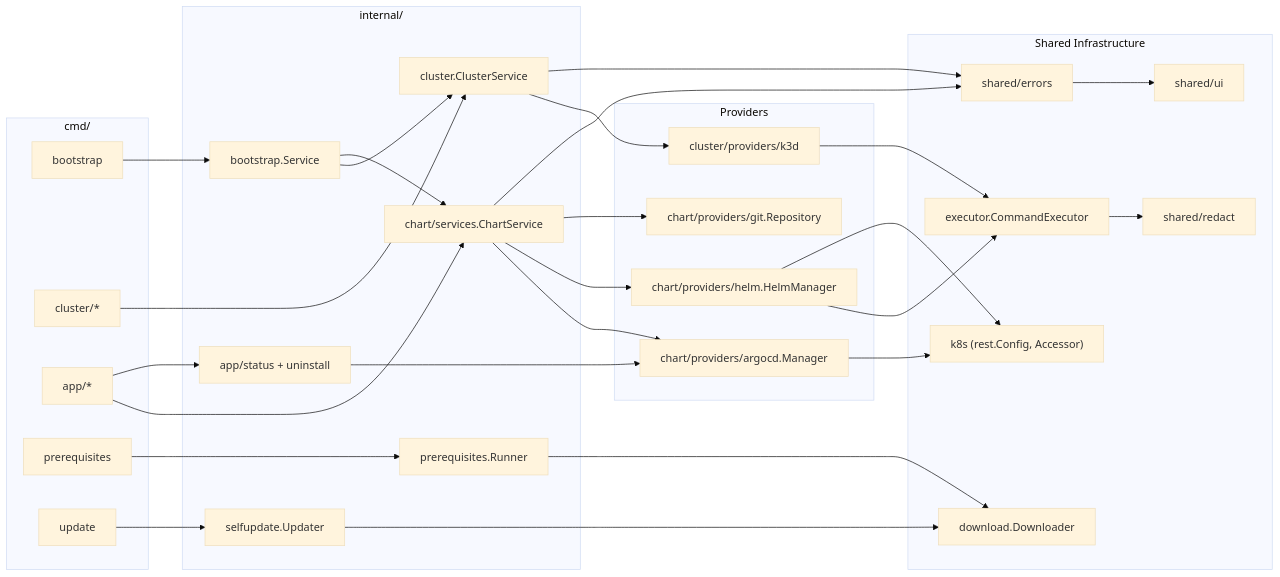
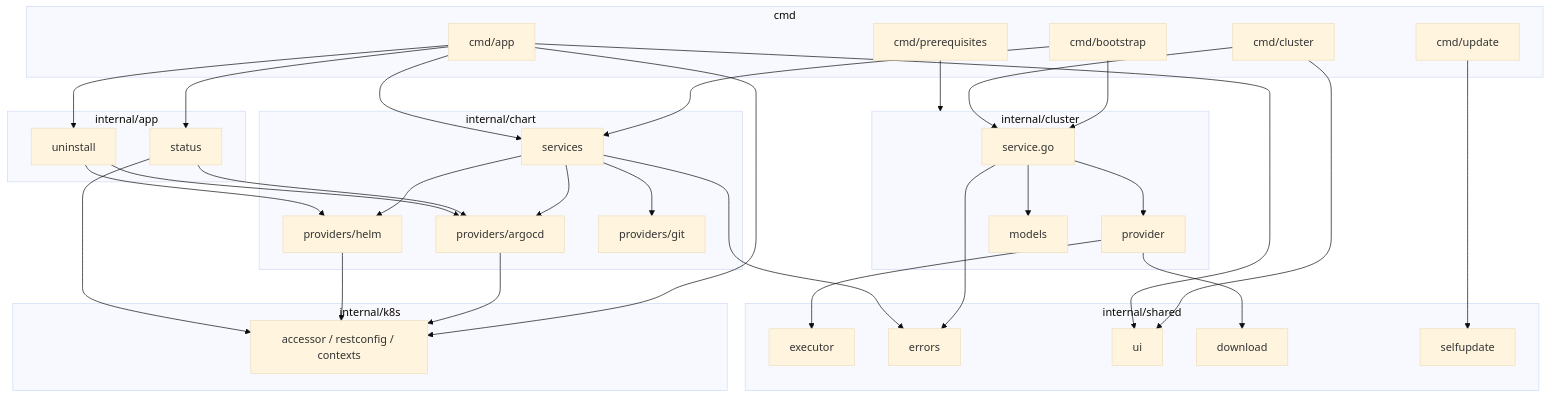
One commit to clydejordaan/openframe-cli changed the second of 4 diagrams in docs/reference/architecture/overview.md. Above: the diagram before and after it, drawn with Mermaid (base theme). The commit also changed other lines of this file and 134 other files, not shown here.

````diff
--- a/docs/reference/architecture/overview.md
+++ b/docs/reference/architecture/overview.md
@@ -134,64 +112,71 @@
 ```mermaid
-graph LR
-    subgraph Commands["cmd/"]
-        bootstrap["bootstrap"]
-        cluster_cmd["cluster/*"]
-        app_cmd["app/*"]
-        prereq_cmd["prerequisites"]
-        update_cmd["update"]
+graph TB
+    subgraph cmd
+        CmdCluster[cmd/cluster]
+        CmdApp[cmd/app]
+        CmdBootstrap[cmd/bootstrap]
+        CmdPrereq[cmd/prerequisites]
+        CmdUpdate[cmd/update]
     end
 
-    subgraph Services["internal/"]
-        bsvc["bootstrap.Service"]
-        csvc["cluster.ClusterService"]
-        chsvc["chart/services.ChartService"]
-        appsvc["app/status + uninstall"]
-        prefw["prerequisites.Runner"]
-        supdater["selfupdate.Updater"]
+    subgraph internal_cluster["internal/cluster"]
+        ClusterService[service.go]
+        ClusterProvider[provider]
+        ClusterModels[models]
     end
 
-    subgraph Providers["Providers"]
-        k3dp["cluster/providers/k3d"]
-        argop["chart/providers/argocd.Manager"]
-        helmp["chart/providers/helm.HelmManager"]
-        gitp["chart/providers/git.Repository"]
+    subgraph internal_chart["internal/chart"]
+        ChartService[services]
+        ChartArgoCD[providers/argocd]
+        ChartHelm[providers/helm]
+        ChartGit[providers/git]
     end
 
-    subgraph Infra["Shared Infrastructure"]
-        exec["executor.CommandExecutor"]
-        k8spkg["k8s (rest.Config, Accessor)"]
-        dlpkg["download.Downloader"]
-        uipkg["shared/ui"]
-        errpkg["shared/errors"]
-        redactpkg["shared/redact"]
+    subgraph internal_app["internal/app"]
+        AppStatus[status]
+        AppUninstall[uninstall]
     end
 
-    bootstrap --> bsvc
-    cluster_cmd --> csvc
-    app_cmd --> chsvc
-    app_cmd --> appsvc
-    prereq_cmd --> prefw
-    update_cmd --> supdater
+    subgraph internal_shared["internal/shared"]
+        Executor[executor]
+        Errors[errors]
+        UI[ui]
+        Download[download]
+        SelfUpdate[selfupdate]
+    end
 
-    bsvc --> csvc
-    bsvc --> chsvc
+    subgraph internal_k8s["internal/k8s"]
+        K8sAccess[accessor / restconfig / contexts]
+    end
 
-    csvc --> k3dp
-    chsvc --> argop
-    chsvc --> helmp
-    chsvc --> gitp
-    appsvc --> argop
+    CmdBootstrap --> ClusterService
+    CmdBootstrap --> ChartService
+    CmdCluster --> ClusterService
+    CmdApp --> ChartService
+    CmdApp --> AppStatus
+    CmdApp --> AppUninstall
+    CmdApp --> K8sAccess
+    CmdPrereq --> internal_cluster
+    CmdUpdate --> SelfUpdate
 
-    k3dp --> exec
-    helmp --> exec
-    argop --> k8spkg
-    helmp --> k8spkg
+    ClusterService --> ClusterProvider
+    ClusterService --> ClusterModels
+    ClusterProvider --> Executor
 
-    prefw --> dlpkg
-    supdater --> dlpkg
+    ChartService --> ChartArgoCD
+    ChartService --> ChartHelm
+    ChartService --> ChartGit
+    ChartArgoCD --> K8sAccess
+    ChartHelm --> K8sAccess
 
-    exec --> redactpkg
-    errpkg --> uipkg
-    chsvc --> errpkg
-    csvc --> errpkg
+    AppStatus --> ChartArgoCD
+    AppStatus --> K8sAccess
+    AppUninstall --> ChartArgoCD
+    AppUninstall --> ChartHelm
+
+    ClusterService --> Errors
+    ChartService --> Errors
+    CmdCluster --> UI
+    CmdApp --> UI
+    ClusterProvider --> Download
 ```
````
